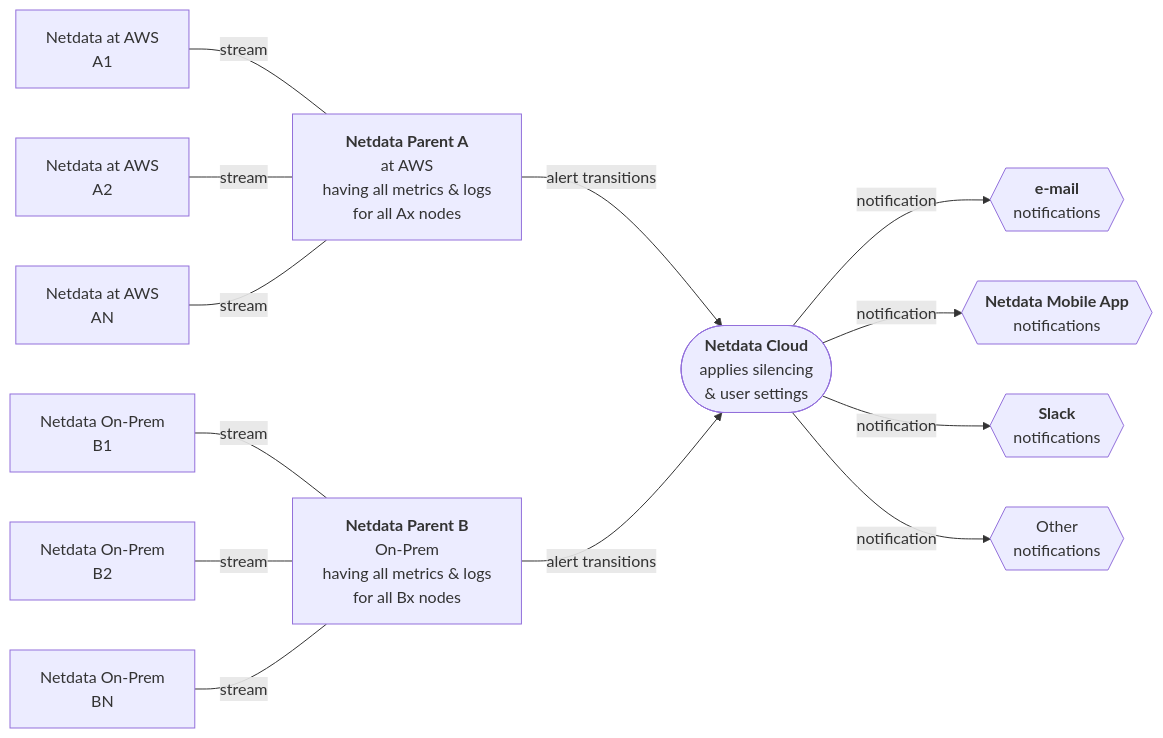
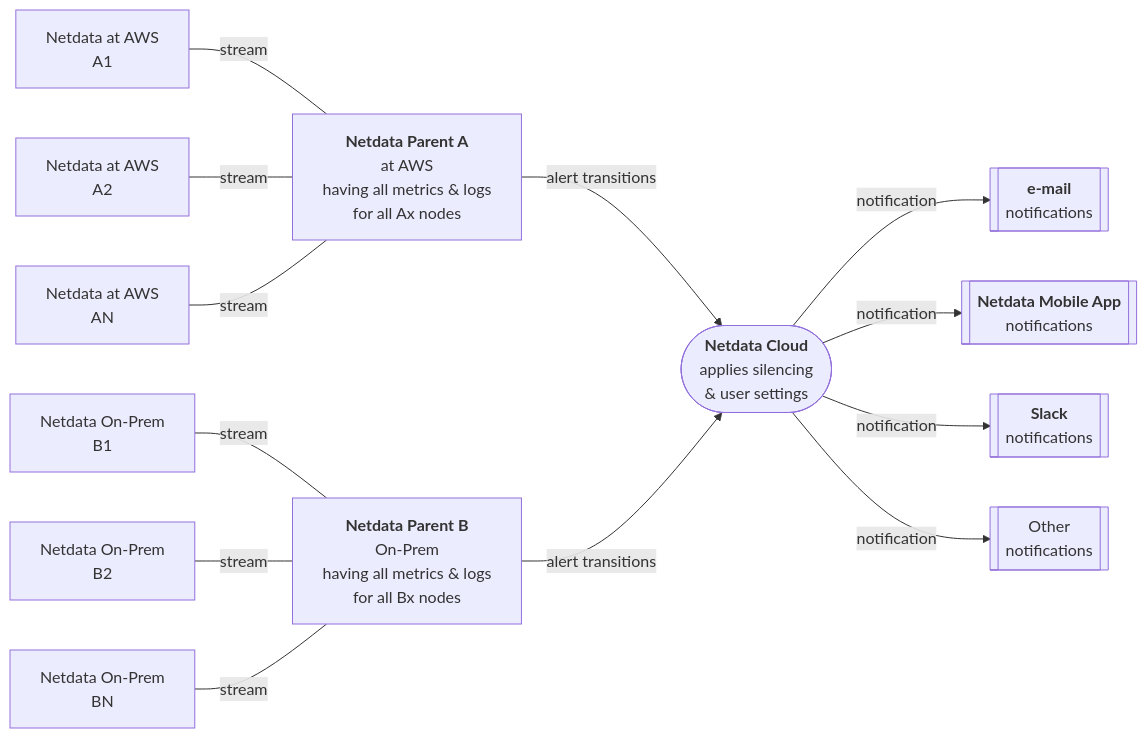
The second of 2 diagrams in docs/deployment-guides/deployment-with-centralization-points.md (netdata/netdata), drawn with Mermaid before and after one commit. The commit also changed other lines of this file and 2 other files, not shown here.

Commit message:
Deployment Guides Improved

````diff
--- a/docs/deployment-guides/deployment-with-centralization-points.md
+++ b/docs/deployment-guides/deployment-with-centralization-points.md
@@ -58,37 +58,37 @@
 ```mermaid
 flowchart LR
     NC(["<b>Netdata Cloud</b>
         applies silencing
         & user settings"])
     SA1["Netdata at AWS
          A1"]
     SA2["Netdata at AWS
          A2"]
     SAN["Netdata at AWS
          AN"]
     PA["<b>Netdata Parent A</b>
         at AWS
         having all metrics & logs
         for all Ax nodes"]
     SB1["Netdata On-Prem
          B1"]
     SB2["Netdata On-Prem
          B2"]
     SBN["Netdata On-Prem
          BN"]
     PB["<b>Netdata Parent B</b>
         On-Prem
         having all metrics & logs
         for all Bx nodes"]
-    EMAIL{{"<b>e-mail</b>
-        notifications"}}
-    MOBILEAPP{{"<b>Netdata Mobile App</b>
-        notifications"}}
-    SLACK{{"<b>Slack</b>
-        notifications"}}
-    OTHER{{"Other
-        notifications"}}
+    EMAIL[["<b>e-mail</b>
+        notifications"]]
+    MOBILEAPP[["<b>Netdata Mobile App</b>
+        notifications"]]
+    SLACK[["<b>Slack</b>
+        notifications"]]
+    OTHER[["Other
+        notifications"]]
     PA & PB -->|alert transitions| NC -->|notification| EMAIL & MOBILEAPP & SLACK & OTHER 
     SA1 & SA2 & SAN ---|stream| PA
     SB1 & SB2 & SBN ---|stream| PB 
 ```
````
